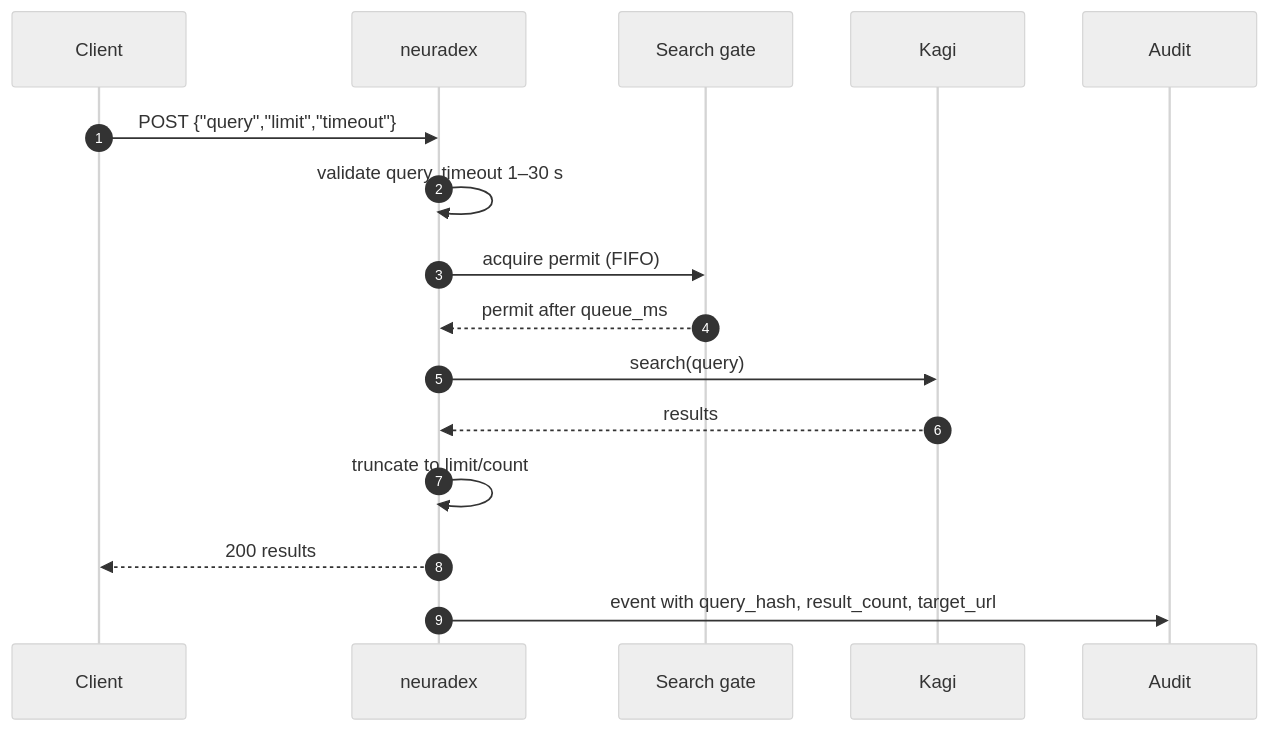
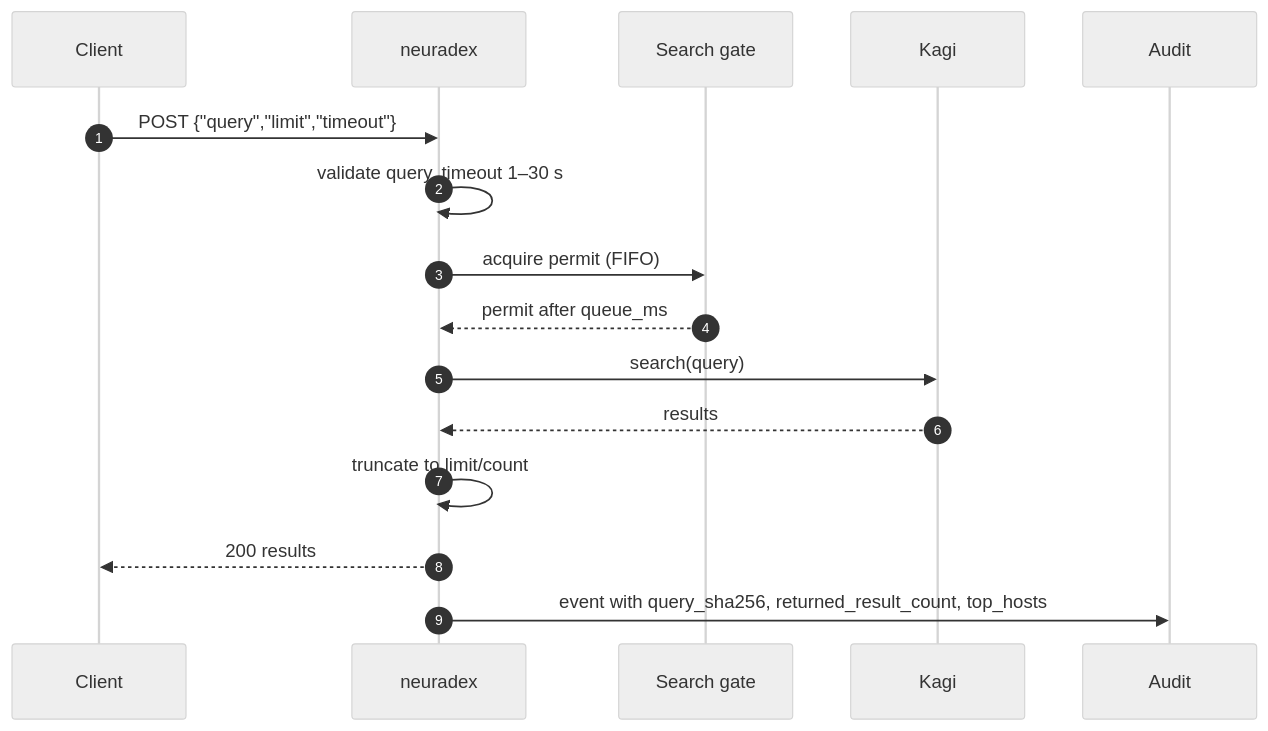
One commit to mkroman/neuradex changed the third of 3 diagrams in docs/architecture/request-lifecycle.md. Above: the diagram before and after it, drawn with Mermaid (neutral theme). The commit also changed other lines of this file and 30 other files, not shown here.

````diff
--- a/docs/architecture/request-lifecycle.md
+++ b/docs/architecture/request-lifecycle.md
@@ -111,19 +108,19 @@
 ```mermaid
 sequenceDiagram
     autonumber
     participant C as Client
     participant S as neuradex
     participant G as Search gate
     participant K as Kagi
     participant A as Audit
 
     C->>S: POST {"query","limit","timeout"}
     S->>S: validate query, timeout 1–30 s
     S->>G: acquire permit (FIFO)
     G-->>S: permit after queue_ms
     S->>K: search(query)
     K-->>S: results
     S->>S: truncate to limit/count
     S-->>C: 200 results
-    S->>A: event with query_hash, result_count, target_url
+    S->>A: event with query_sha256, returned_result_count, top_hosts
 ```
````
